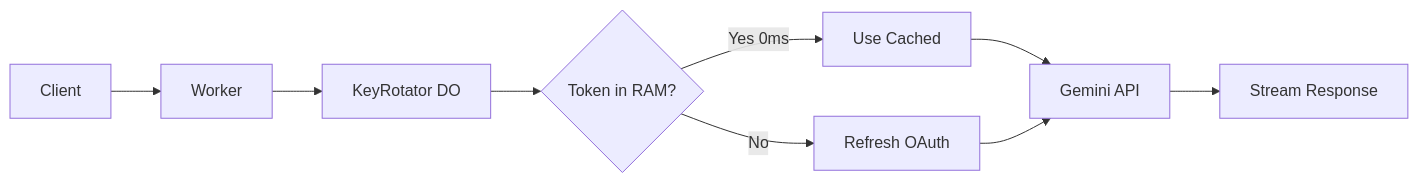
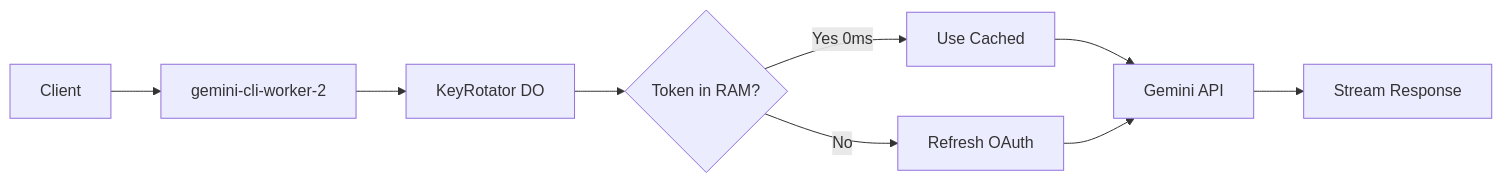
The diagram in IMPLEMENTATION_PLAN.md (Rakesh-207/gemini-oauth-proxy), drawn with Mermaid before and after one commit. The commit also changed other lines of this file, not shown here.

````diff
--- a/IMPLEMENTATION_PLAN.md
+++ b/IMPLEMENTATION_PLAN.md
@@ -9,11 +10,11 @@
 ```mermaid
 graph LR
-    A[Client] --> B[Worker]
+    A[Client] --> B[gemini-cli-worker-2]
     B --> C[KeyRotator DO]
     C --> D{Token in RAM?}
     D -->|Yes 0ms| E[Use Cached]
     D -->|No| F[Refresh OAuth]
     E --> G[Gemini API]
     F --> G
     G --> H[Stream Response]
 ```
````
